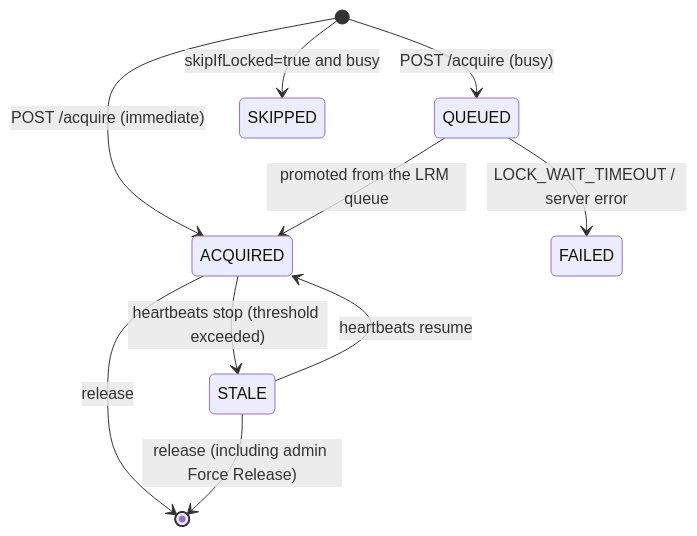
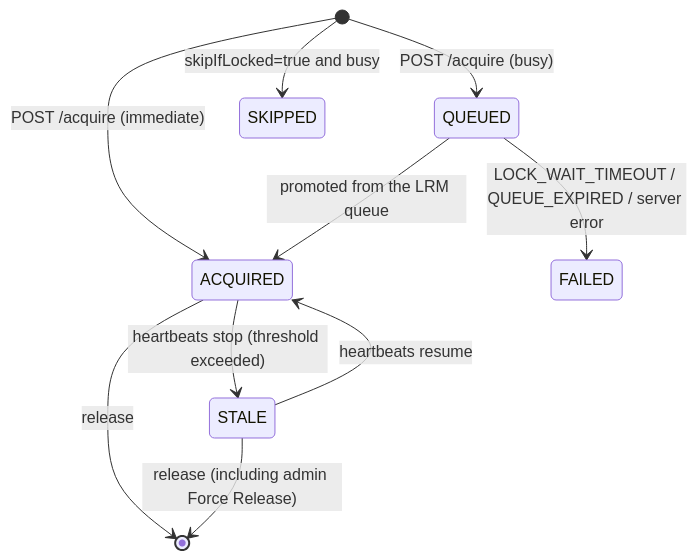
One commit to kohtaro-satoh/lockable-resources-remote-notes changed the diagram in dev/docs-e/LRR_DESIGN_P1_M1B.md. Above: the diagram before and after it, drawn with Mermaid. The commit also changed other lines of this file and 80 other files, not shown here.

````diff
--- a/dev/docs-e/LRR_DESIGN_P1_M1B.md
+++ b/dev/docs-e/LRR_DESIGN_P1_M1B.md
@@ -289,12 +337,12 @@
 ```mermaid
 stateDiagram-v2
     [*] --> QUEUED : POST /acquire (busy)
     [*] --> ACQUIRED : POST /acquire (immediate)
     [*] --> SKIPPED : skipIfLocked=true and busy
     QUEUED --> ACQUIRED : promoted from the LRM queue
-    QUEUED --> FAILED : LOCK_WAIT_TIMEOUT / server error
+    QUEUED --> FAILED : LOCK_WAIT_TIMEOUT / QUEUE_EXPIRED / server error
     ACQUIRED --> STALE : heartbeats stop (threshold exceeded)
     STALE --> ACQUIRED : heartbeats resume
     ACQUIRED --> [*] : release
     STALE --> [*] : release (including admin Force Release)
 ```
````
